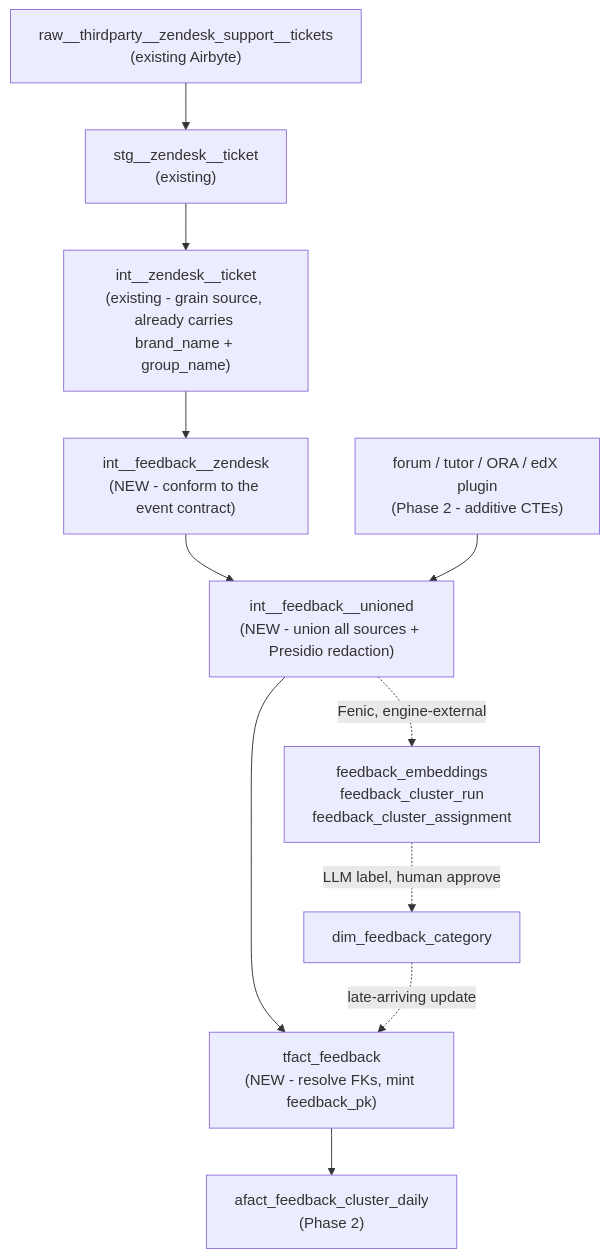
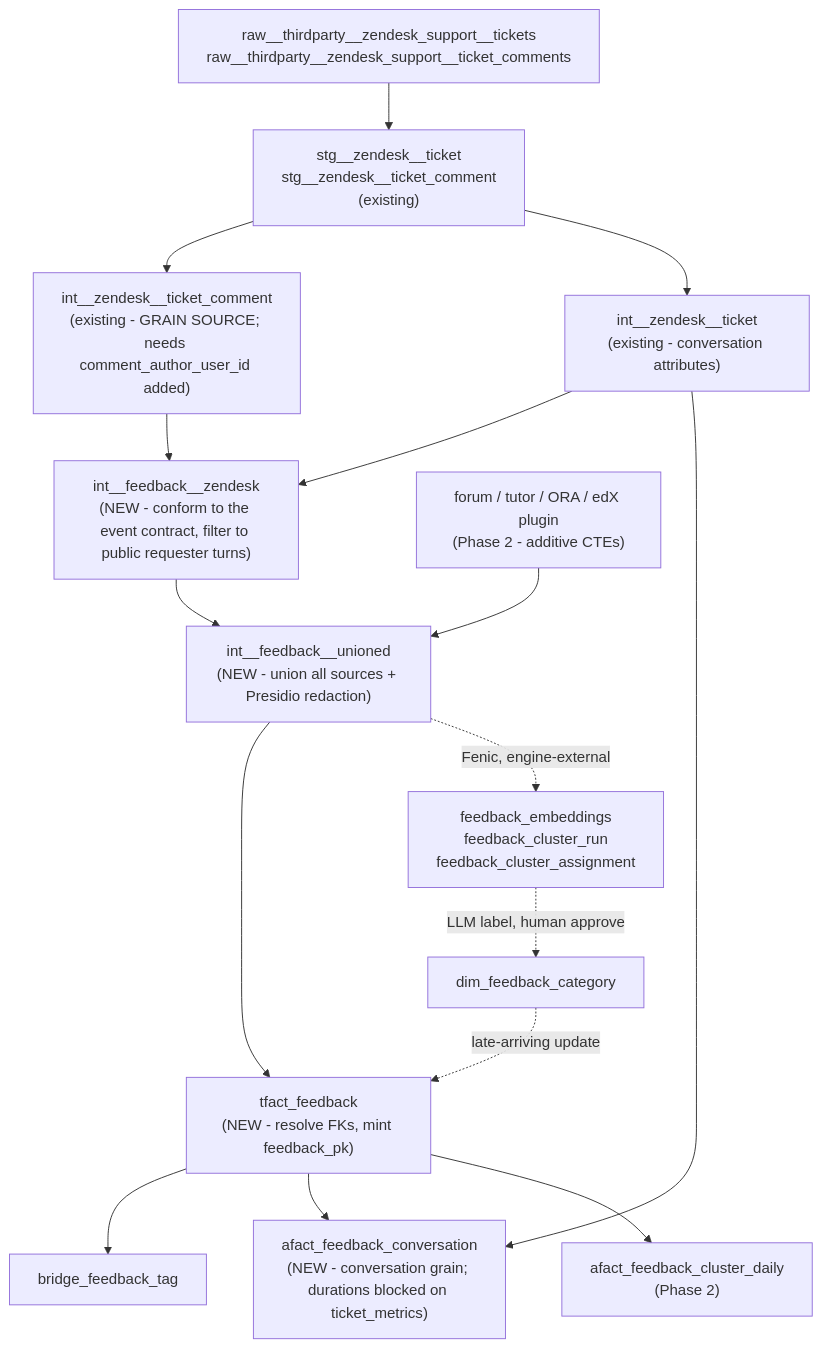
The sixth of 6 diagrams in docs/design/feedback_erd.md (mitodl/ol-data-platform), drawn with Mermaid before and after one commit. The commit also changed other lines of this file and 7 other files, not shown here.

First line of the commit message:
docs(feedback): turn grain + ≥2-sources conformance rule (rev. 2)

````diff
--- a/docs/design/feedback_erd.md
+++ b/docs/design/feedback_erd.md
@@ -224,13 +378,18 @@
 ```mermaid
 flowchart TD
-    A["raw__thirdparty__zendesk_support__tickets<br/>(existing Airbyte)"] --> B["stg__zendesk__ticket<br/>(existing)"]
-    B --> C["int__zendesk__ticket<br/>(existing - grain source, already carries brand_name + group_name)"]
-    C --> D["int__feedback__zendesk<br/>(NEW - conform to the event contract)"]
+    A["raw__thirdparty__zendesk_support__tickets<br/>raw__thirdparty__zendesk_support__ticket_comments"] --> B["stg__zendesk__ticket<br/>stg__zendesk__ticket_comment<br/>(existing)"]
+    B --> C["int__zendesk__ticket_comment<br/>(existing - GRAIN SOURCE; needs comment_author_user_id added)"]
+    B --> C2["int__zendesk__ticket<br/>(existing - conversation attributes)"]
+    C --> D["int__feedback__zendesk<br/>(NEW - conform to the event contract, filter to public requester turns)"]
+    C2 --> D
     D --> E["int__feedback__unioned<br/>(NEW - union all sources + Presidio redaction)"]
     E --> F["tfact_feedback<br/>(NEW - resolve FKs, mint feedback_pk)"]
-    F --> G["afact_feedback_cluster_daily<br/>(Phase 2)"]
-    E -.->|Fenic, engine-external| H["feedback_embeddings<br/>feedback_cluster_run<br/>feedback_cluster_assignment"]
-    H -.->|LLM label, human approve| I["dim_feedback_category"]
-    I -.->|late-arriving update| F
-    F2["forum / tutor / ORA / edX plugin<br/>(Phase 2 - additive CTEs)"] --> E
+    F --> G["bridge_feedback_tag"]
+    C2 --> H["afact_feedback_conversation<br/>(NEW - conversation grain; durations blocked on ticket_metrics)"]
+    F --> H
+    F --> I["afact_feedback_cluster_daily<br/>(Phase 2)"]
+    E -.->|Fenic, engine-external| J["feedback_embeddings<br/>feedback_cluster_run<br/>feedback_cluster_assignment"]
+    J -.->|LLM label, human approve| K["dim_feedback_category"]
+    K -.->|late-arriving update| F
+    L["forum / tutor / ORA / edX plugin<br/>(Phase 2 - additive CTEs)"] --> E
 ```
````
